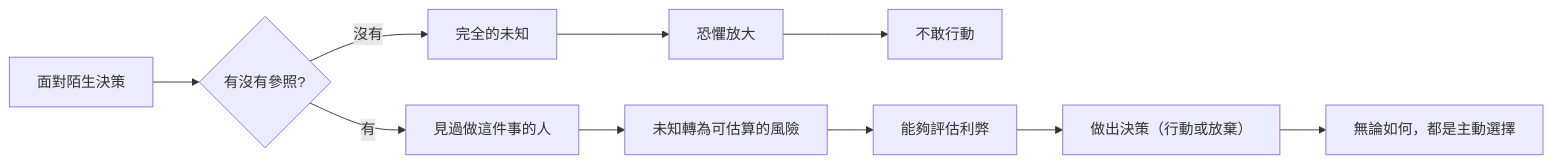
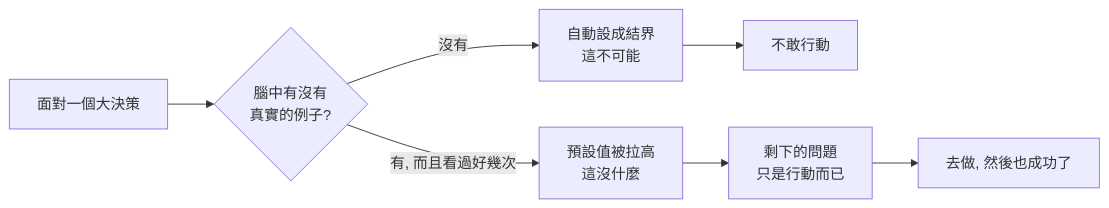
Before and after one commit to a920604a/engineernews: the diagram in src/content/posts/career/2026-04-28-ep666-small-talk.md, drawn with Mermaid. The commit also changed other lines of this file and 468 other files, not shown here.

````diff
--- a/src/content/posts/career/2026-04-28-ep666-small-talk.md
+++ b/src/content/posts/career/2026-04-28-ep666-small-talk.md
@@ -47,12 +45,9 @@
 ```mermaid
 graph LR
-    A[面對陌生決策] --> B{有沒有參照?}
-    B -->|沒有| C[完全的未知]
-    C --> D[恐懼放大]
-    D --> E[不敢行動]
-    B -->|有| F[見過做這件事的人]
-    F --> G[未知轉為可估算的風險]
-    G --> H[能夠評估利弊]
-    H --> I[做出決策（行動或放棄）]
-    I --> J[無論如何，都是主動選擇]
+    A[面對一個大決策] --> B{腦中有沒有<br/>真實的例子?}
+    B -->|沒有| C[自動設成結界<br/>這不可能]
+    C --> D[不敢行動]
+    B -->|有, 而且看過好幾次| E[預設值被拉高<br/>這沒什麼]
+    E --> F[剩下的問題<br/>只是行動而已]
+    F --> G[去做, 然後也成功了]
 ```
````
